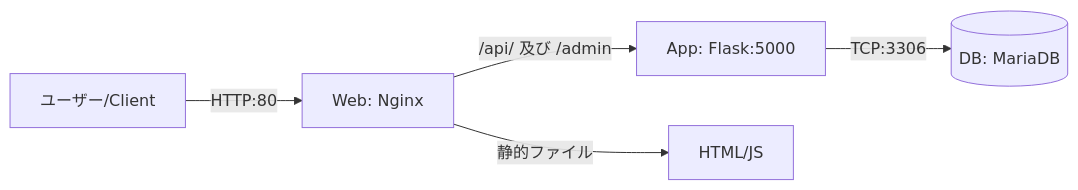
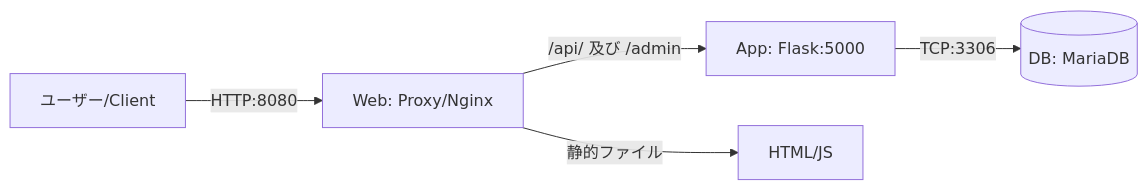
The diagram in README.md (hou-rai3/good_bye_google_analytics), drawn with Mermaid before and after one commit. The commit also changed other lines of this file, not shown here.

````diff
--- a/README.md
+++ b/README.md
@@ -45,8 +45,8 @@
 ```mermaid
 graph LR
-    User[ユーザー/Client] -- HTTP:80 --> Nginx[Web: Nginx]
-    Nginx -- /api/ 及び /admin --> Flask[App: Flask:5000]
-    Nginx -- 静的ファイル --> Static[HTML/JS]
-    Flask -- TCP:3306 --> DB[(DB: MariaDB)]
+    User[ユーザー/Client] -- HTTP:8080 --> Proxy[Web: Proxy/Nginx]
+    Proxy -- /api/ 及び /admin --> App[App: Flask:5000]
+    Proxy -- 静的ファイル --> Static[HTML/JS]
+    App -- TCP:3306 --> DB[(DB: MariaDB)]
 
 ```
````
